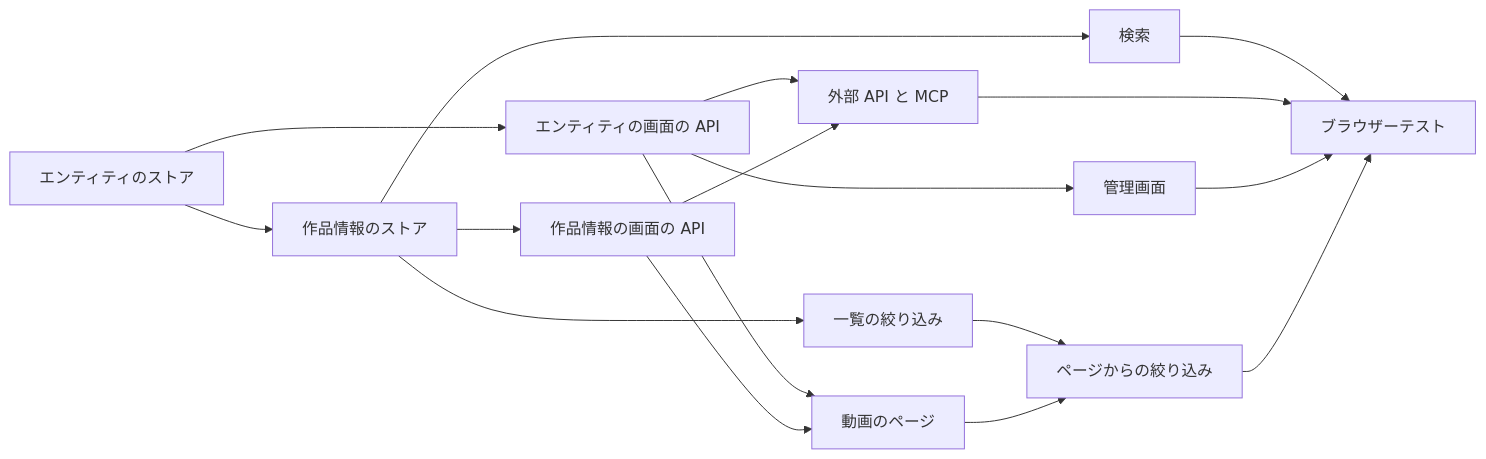
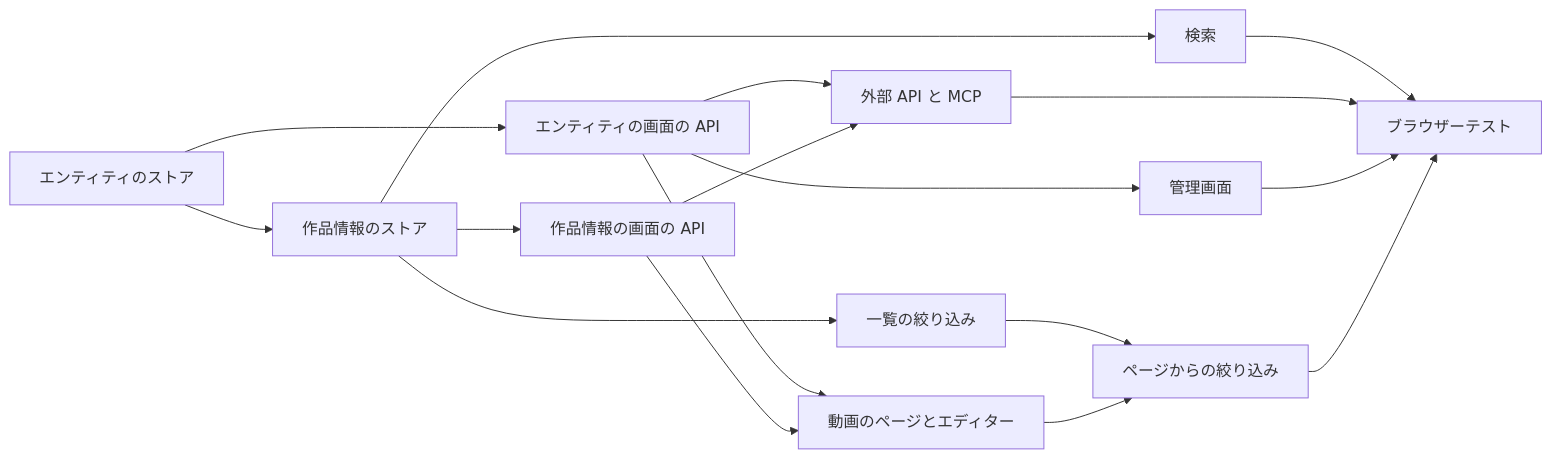
One commit to syudead/vv changed the second of 2 diagrams in translations/ja/specs/047-video-work-info/plan.md. Above: the diagram before and after it, drawn with Mermaid. The commit also changed other lines of this file and 3 other files, not shown here.

````diff
--- a/translations/ja/specs/047-video-work-info/plan.md
+++ b/translations/ja/specs/047-video-work-info/plan.md
@@ -129,19 +134,19 @@
 ```mermaid
 flowchart LR
   credits[エンティティのストア] --> wistore[作品情報のストア]
   credits --> creditapi[エンティティの画面の API]
   wistore --> screenapi[作品情報の画面の API]
   wistore --> search[検索]
   wistore --> filters[一覧の絞り込み]
   creditapi --> external[外部 API と MCP]
   screenapi --> external
-  creditapi --> page[動画のページ]
+  creditapi --> page[動画のページとエディター]
   screenapi --> page
   creditapi --> adminpage[管理画面]
   filters --> navigate[ページからの絞り込み]
   page --> navigate
   search --> e2e[ブラウザーテスト]
   external --> e2e
   adminpage --> e2e
   navigate --> e2e
 ```
````
